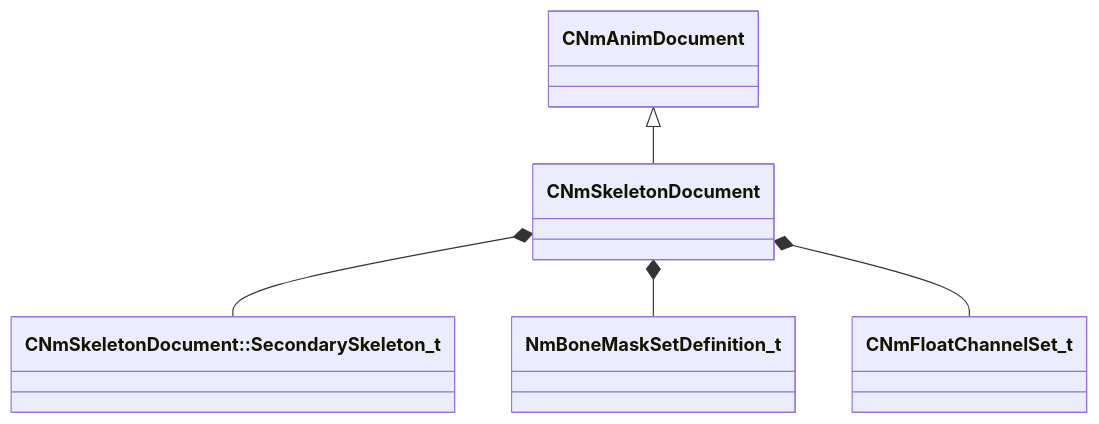
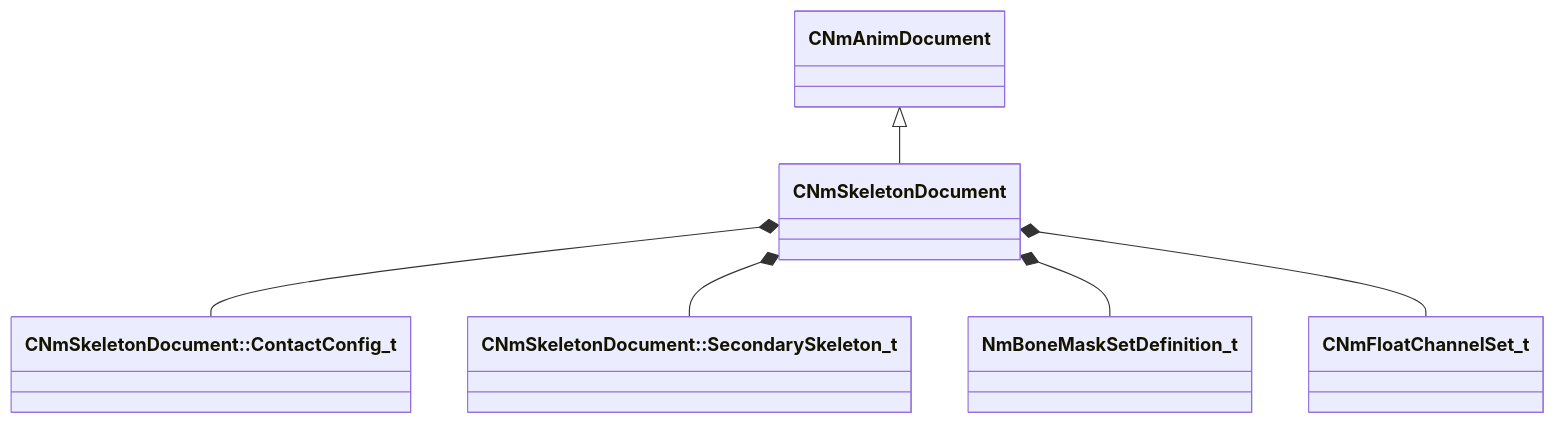
Before and after one commit to CS2OpenDev/CS2OpenDev-Docs: the diagram in docs/generated/schemas/animdoclib/CNmSkeletonDocument.md, drawn with Mermaid. The commit also changed other lines of this file and 4654 other files, not shown here.

Commit message:
docs: regenerate for SchemaTracker build 25947352 [skip ci]

````diff
--- a/docs/generated/schemas/animdoclib/CNmSkeletonDocument.md
+++ b/docs/generated/schemas/animdoclib/CNmSkeletonDocument.md
@@ -19,7 +19,8 @@
 ```mermaid
 classDiagram
     CNmAnimDocument <|-- CNmSkeletonDocument
+    CNmSkeletonDocument *-- `CNmSkeletonDocument::ContactConfig_t`
     CNmSkeletonDocument *-- `CNmSkeletonDocument::SecondarySkeleton_t`
     CNmSkeletonDocument *-- NmBoneMaskSetDefinition_t
     CNmSkeletonDocument *-- CNmFloatChannelSet_t
 ```
````
